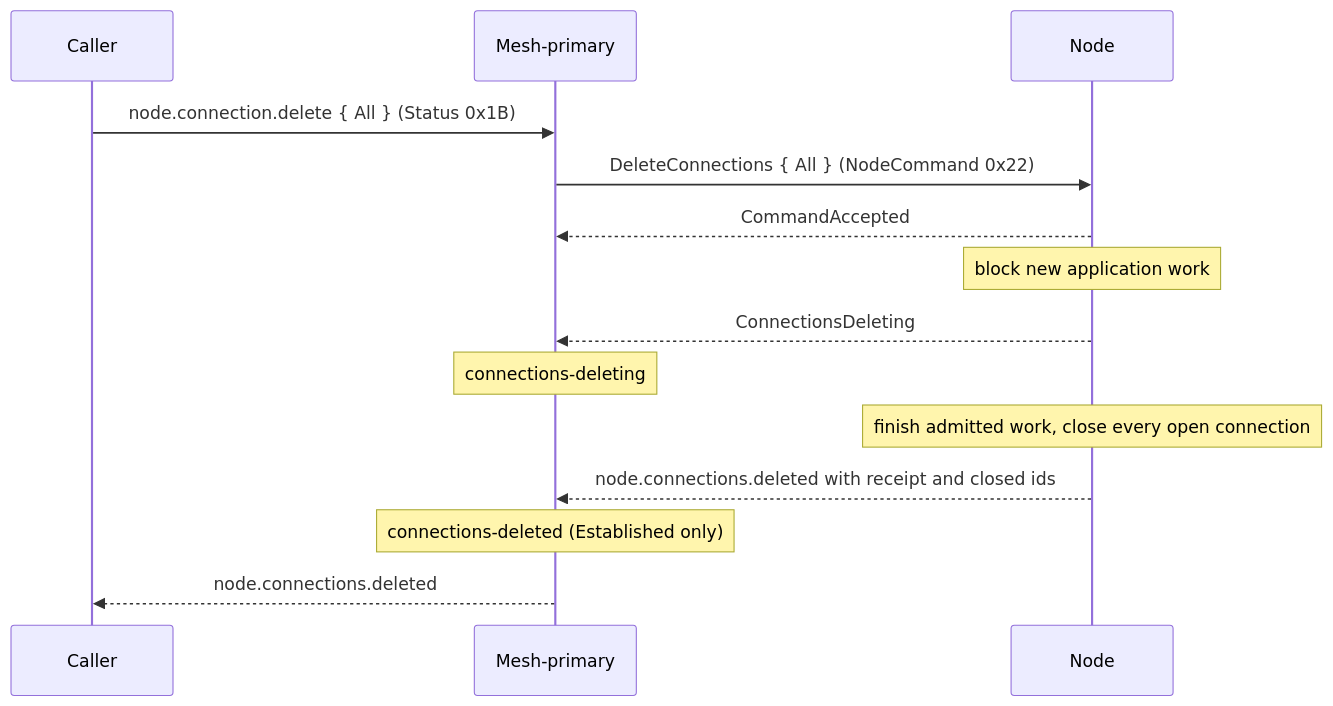
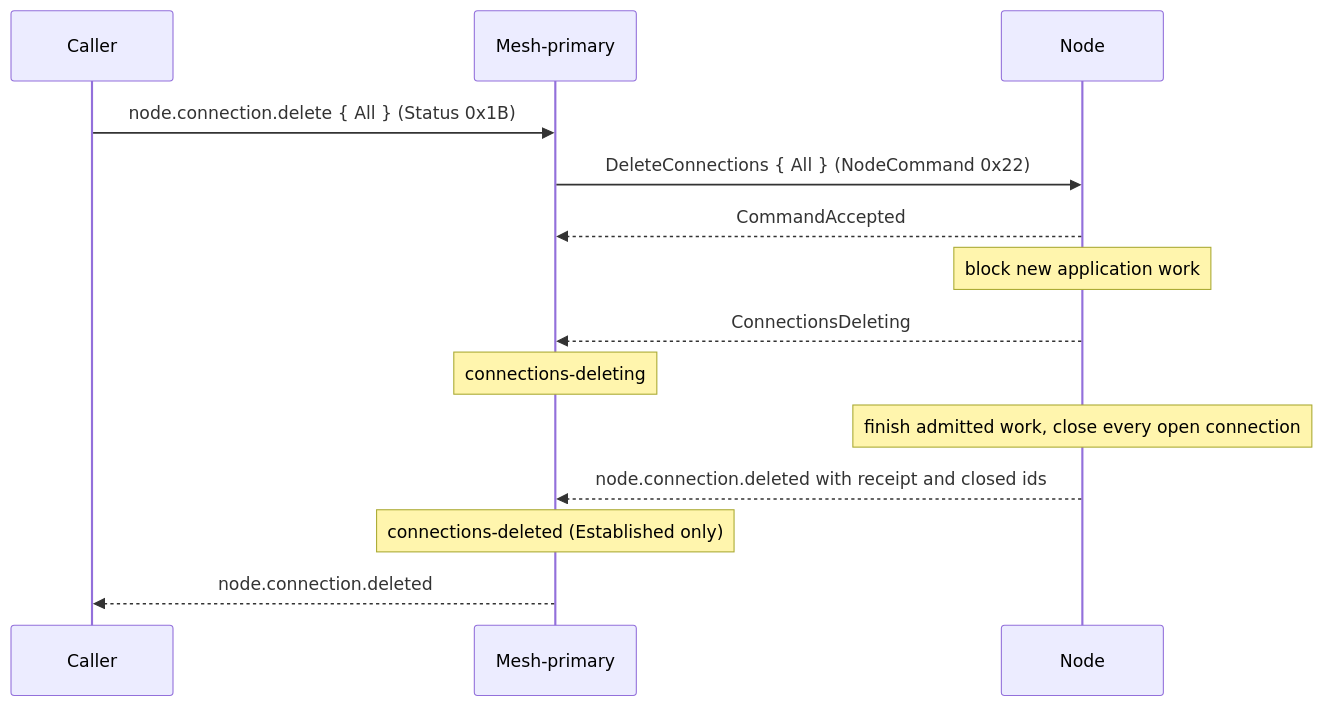
The diagram in docs/architecture/lifecycles/node-connections-delete.md (drlukeangel/rust-distributed-mesh), drawn with Mermaid before and after one commit. The commit also changed other lines of this file and 42 other files, not shown here.

````diff
--- a/docs/architecture/lifecycles/node-connections-delete.md
+++ b/docs/architecture/lifecycles/node-connections-delete.md
@@ -94,16 +94,16 @@
 ```mermaid
 sequenceDiagram
     participant C as Caller
     participant M as Mesh-primary
     participant N as Node
     C->>M: node.connection.delete { All } (Status 0x1B)
     M->>N: DeleteConnections { All } (NodeCommand 0x22)
     N-->>M: CommandAccepted
     Note over N: block new application work
     N-->>M: ConnectionsDeleting
     Note over M: connections-deleting
     Note over N: finish admitted work, close every open connection
-    N-->>M: node.connections.deleted with receipt and closed ids
+    N-->>M: node.connection.deleted with receipt and closed ids
     Note over M: connections-deleted (Established only)
-    M-->>C: node.connections.deleted
+    M-->>C: node.connection.deleted
 ```
````
